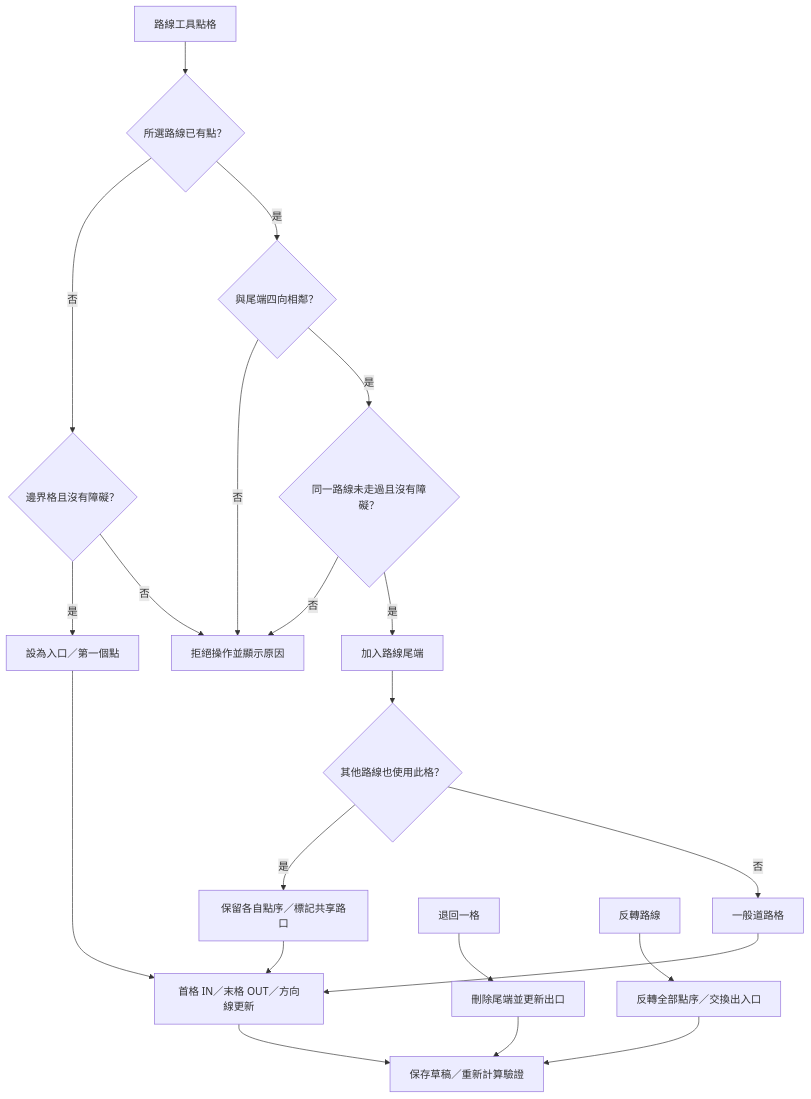
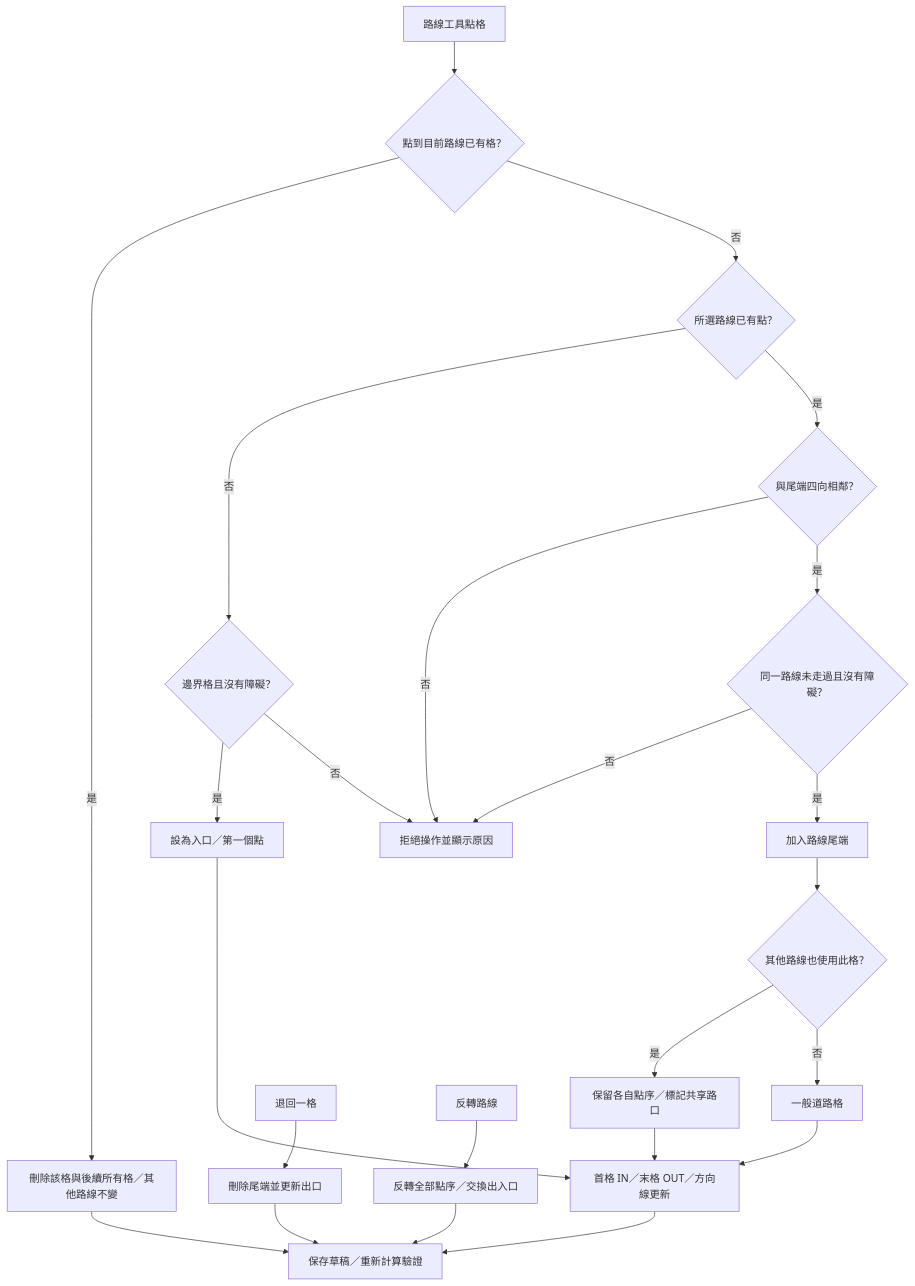
Before and after one commit to weimowang/tdmapcreate: the third of 6 diagrams in docs/SPEC.md, drawn with Mermaid. The commit also changed other lines of this file and 5 other files, not shown here.

````diff
--- a/docs/SPEC.md
+++ b/docs/SPEC.md
@@ -120,21 +120,24 @@
 ```mermaid
 flowchart TD
-  A[路線工具點格] --> B{所選路線已有點？}
+  A[路線工具點格] --> X{點到目前路線已有格？}
+  X -->|是| Y[刪除該格與後續所有格／其他路線不變]
+  Y --> M
+  X -->|否| B{所選路線已有點？}
   B -->|否| C{邊界格且沒有障礙？}
   C -->|是| D[設為入口／第一個點]
   C -->|否| E[拒絕操作並顯示原因]
   B -->|是| F{與尾端四向相鄰？}
   F -->|否| E
   F -->|是| G{同一路線未走過且沒有障礙？}
   G -->|否| E
   G -->|是| H[加入路線尾端]
   H --> I{其他路線也使用此格？}
   I -->|是| J[保留各自點序／標記共享路口]
   I -->|否| K[一般道路格]
   J --> L[首格 IN／末格 OUT／方向線更新]
   K --> L
   D --> L
   L --> M[保存草稿／重新計算驗證]
   N[退回一格] --> O[刪除尾端並更新出口] --> M
   P[反轉路線] --> Q[反轉全部點序／交換出入口] --> M
 ```
````
